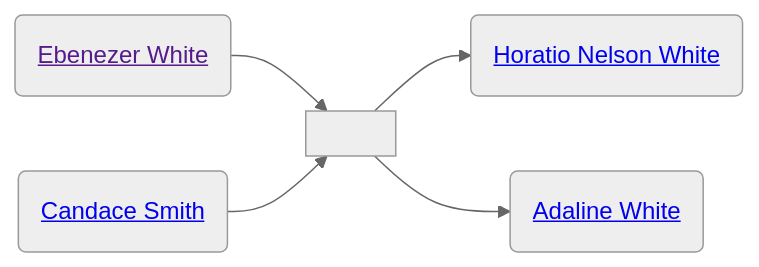
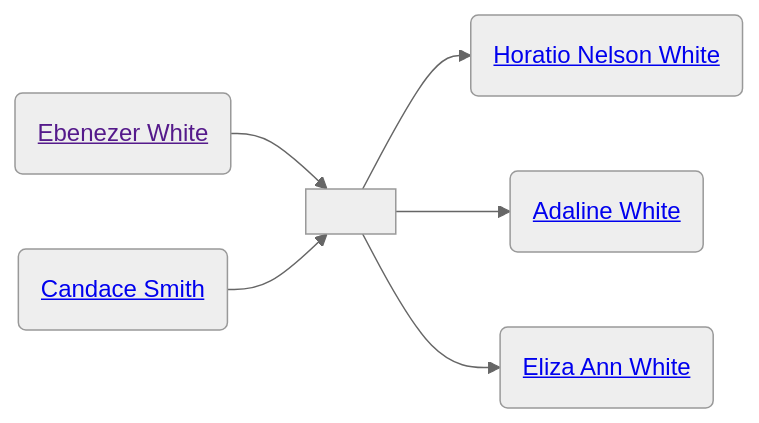
One commit to neelsmith/avocational changed the second of 2 diagrams in familyhistory/sources/people/Merrill-line/White-line/Ebenezer_White.qmd. Above: the diagram before and after it, drawn with Mermaid (neutral theme). The commit also changed other lines of this file and 26 other files, not shown here.

````diff
--- a/familyhistory/sources/people/Merrill-line/White-line/Ebenezer_White.qmd
+++ b/familyhistory/sources/people/Merrill-line/White-line/Ebenezer_White.qmd
@@ -44,12 +46,13 @@
 ```{mermaid}
 graph LR
 class Ebenezer_White_and_Candace_Smith marriage
 Ebenezer_White(<a href=''>Ebenezer White</>) --> Ebenezer_White_and_Candace_Smith[ ]
 Candace_Smith(<a href='./Candace-Smith-line/Candace_Smith.html'>Candace Smith</>) --> Ebenezer_White_and_Candace_Smith(( ))
 Ebenezer_White_and_Candace_Smith[ ] --> Horatio_Nelson_White(<a href='./Horatio_Nelson_White.html'>Horatio Nelson White</>)
 Ebenezer_White_and_Candace_Smith[ ] --> Adaline_White(<a href='./Adaline_White.html'>Adaline White</>)
+Ebenezer_White_and_Candace_Smith[ ] --> Eliza_Ann_White(<a href='./Eliza_Ann_White.html'>Eliza Ann White</>)
 classDef mother fill:#ffd1dc
 classDef father fill:#daf0f7  
 classDef marriage fill:#ffffff
 
 ```
````
